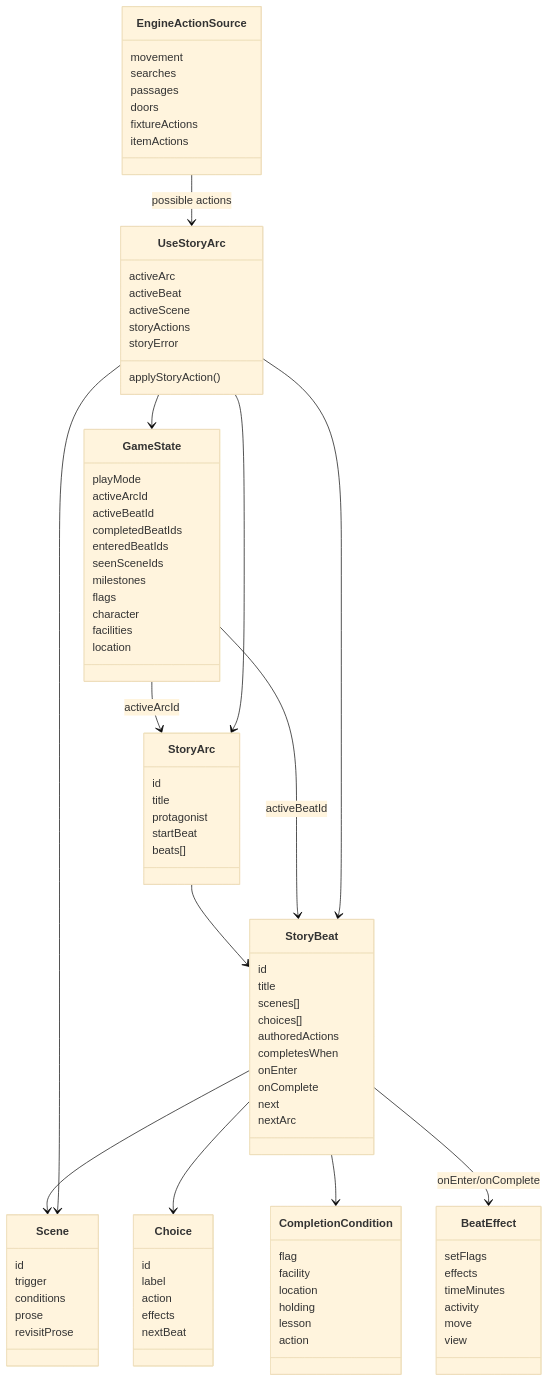
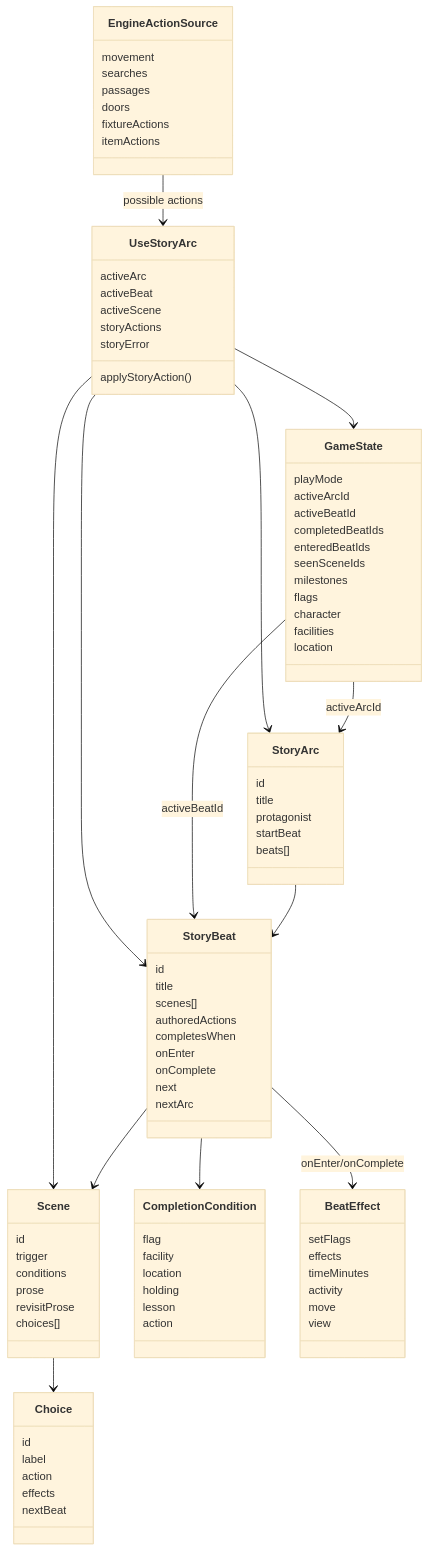
One commit to ZanzibarNuclear/atomic-adventures changed the diagram in docs/plans/story-mode-technical-design.md. Above: the diagram before and after it, drawn with Mermaid (base theme). The commit also changed other lines of this file and 4 other files, not shown here.

Commit message:
Settle story scene choice ownership

```diff
--- a/docs/plans/story-mode-technical-design.md
+++ b/docs/plans/story-mode-technical-design.md
@@ -65,7 +65,6 @@
     id
     title
     scenes[]
-    choices[]
     authoredActions
     completesWhen
     onEnter
@@ -80,6 +79,7 @@
     conditions
     prose
     revisitProse
+    choices[]
   }
 
   class Choice {
@@ -142,7 +142,7 @@
 
   StoryArc --> StoryBeat
   StoryBeat --> Scene
-  StoryBeat --> Choice
+  Scene --> Choice
   EngineActionSource --> UseStoryArc : possible actions
   StoryBeat --> CompletionCondition
   StoryBeat --> BeatEffect : onEnter/onComplete
```
